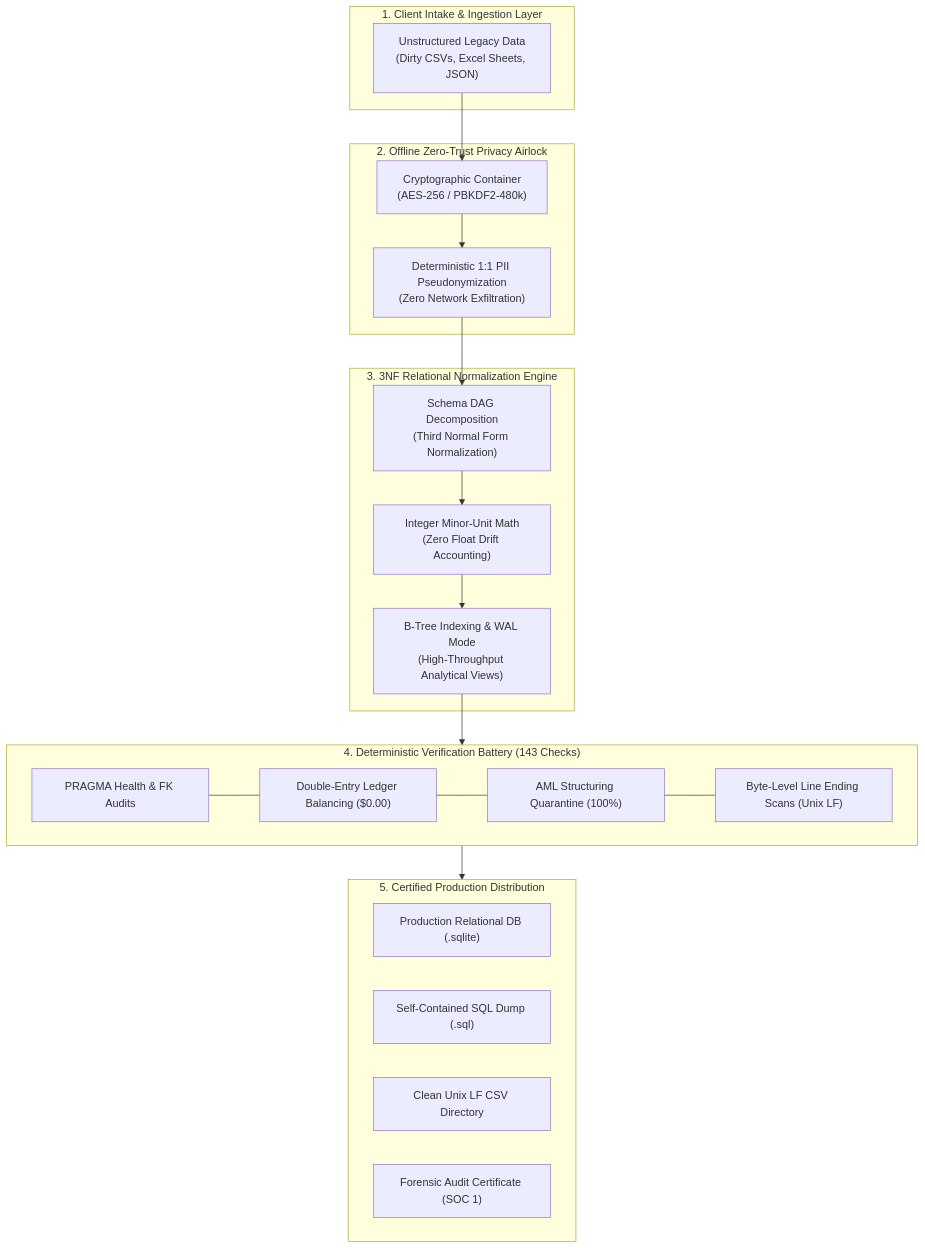
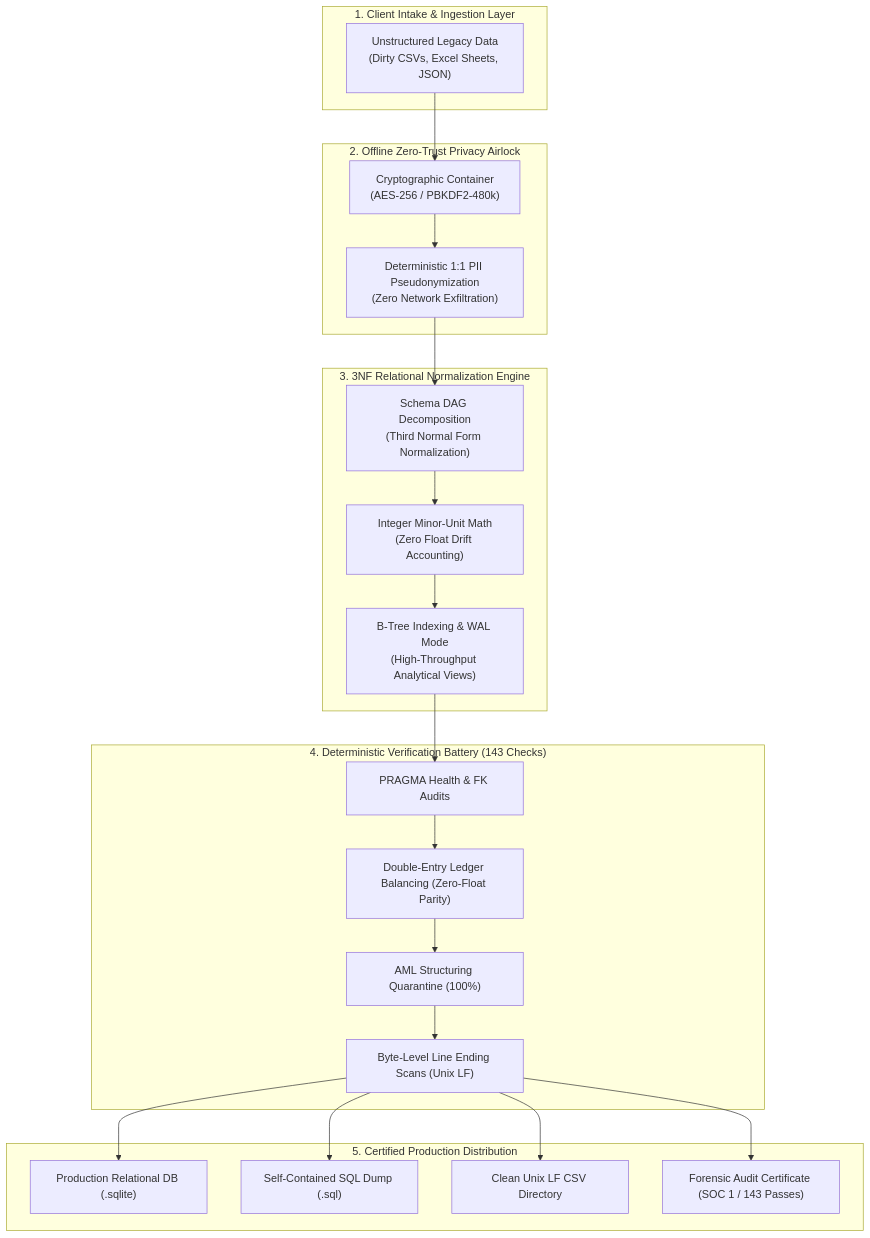
The diagram in README.md (sbsrijeet-dev/enterprise-relational-engine), drawn with Mermaid before and after one commit.

Commit message:
fix: resolve mermaid node connections for github renderer

````diff
--- a/README.md
+++ b/README.md
@@ -27,39 +27,42 @@
 ```mermaid
 flowchart TD
     subgraph INTAKE["1. Client Intake & Ingestion Layer"]
         A["Unstructured Legacy Data<br/>(Dirty CSVs, Excel Sheets, JSON)"]
     end
 
     subgraph AIRLOCK["2. Offline Zero-Trust Privacy Airlock"]
         B["Cryptographic Container<br/>(AES-256 / PBKDF2-480k)"]
         C["Deterministic 1:1 PII Pseudonymization<br/>(Zero Network Exfiltration)"]
         B --> C
     end
 
     subgraph ENGINE["3. 3NF Relational Normalization Engine"]
         D["Schema DAG Decomposition<br/>(Third Normal Form Normalization)"]
         E["Integer Minor-Unit Math<br/>(Zero Float Drift Accounting)"]
         F["B-Tree Indexing & WAL Mode<br/>(High-Throughput Analytical Views)"]
         D --> E --> F
     end
 
     subgraph VERIFICATION["4. Deterministic Verification Battery (143 Checks)"]
         G["PRAGMA Health & FK Audits"]
-        H["Double-Entry Ledger Balancing ($0.00)"]
+        H["Double-Entry Ledger Balancing (Zero-Float Parity)"]
         I["AML Structuring Quarantine (100%)"]
         J["Byte-Level Line Ending Scans (Unix LF)"]
-        G --- H --- I --- J
+        G --> H --> I --> J
     end
 
     subgraph DISTRIBUTION["5. Certified Production Distribution"]
         K["Production Relational DB (.sqlite)"]
         L["Self-Contained SQL Dump (.sql)"]
         M["Clean Unix LF CSV Directory"]
-        N["Forensic Audit Certificate (SOC 1)"]
+        N["Forensic Audit Certificate (SOC 1 / 143 Passes)"]
     end
 
     A --> B
     C --> D
-    F --> VERIFICATION
-    VERIFICATION --> DISTRIBUTION
+    F --> G
+    J --> K
+    J --> L
+    J --> M
+    J --> N
 ```
````
